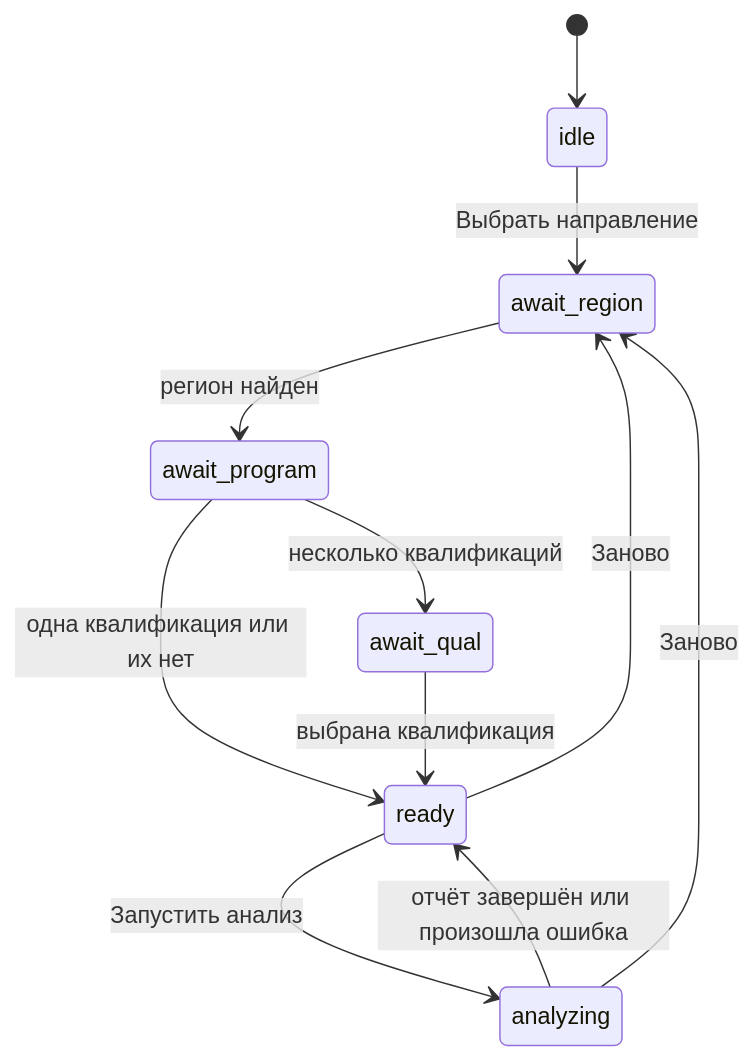
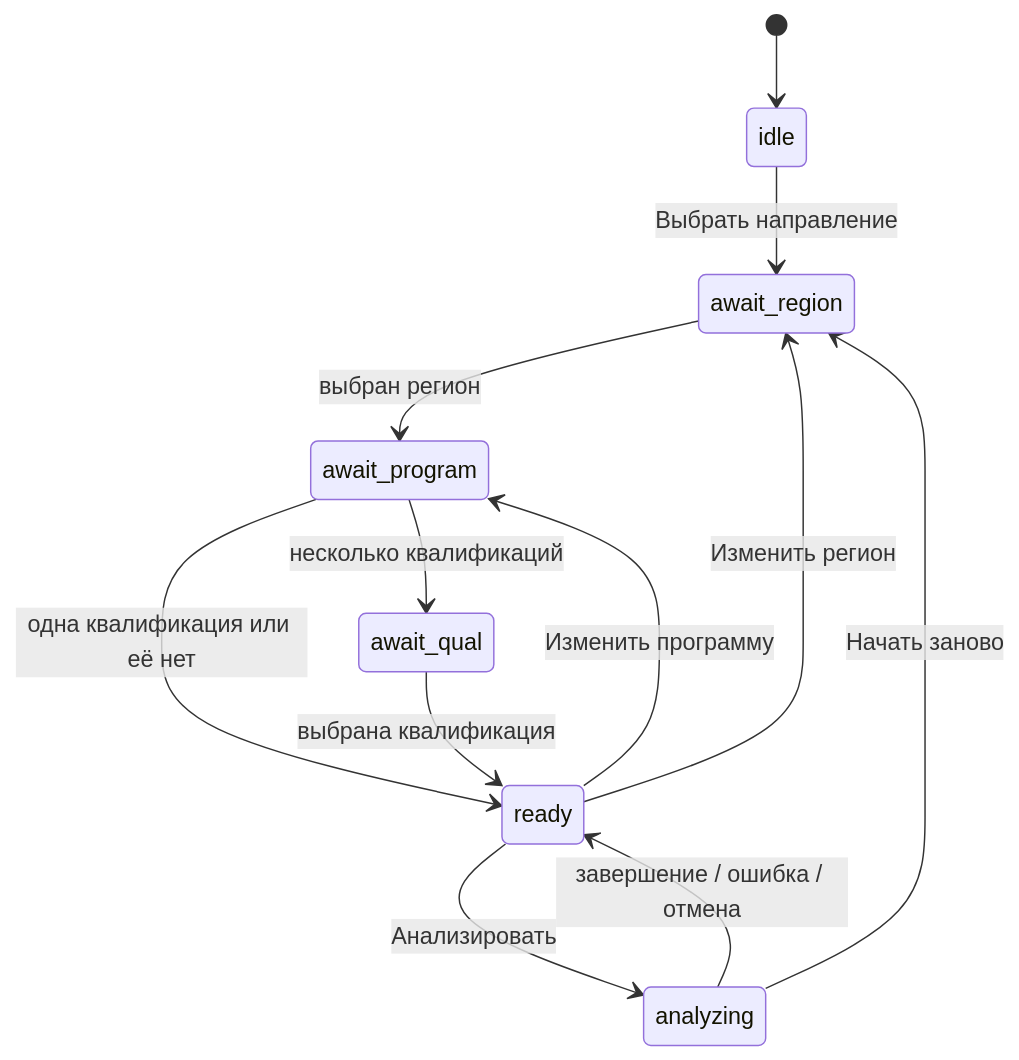
Before and after one commit to sssfind/Max-hack: the second of 2 diagrams in docs/architecture.md, drawn with Mermaid. The commit also changed other lines of this file and 84 other files, not shown here.

````diff
--- a/docs/architecture.md
+++ b/docs/architecture.md
@@ -46,13 +66,14 @@
 ```mermaid
 stateDiagram-v2
   [*] --> idle
   idle --> await_region: Выбрать направление
-  await_region --> await_program: регион найден
+  await_region --> await_program: выбран регион
   await_program --> await_qual: несколько квалификаций
-  await_program --> ready: одна квалификация или их нет
+  await_program --> ready: одна квалификация или её нет
   await_qual --> ready: выбрана квалификация
-  ready --> analyzing: Запустить анализ
-  analyzing --> ready: отчёт завершён или произошла ошибка
-  analyzing --> await_region: Заново
-  ready --> await_region: Заново
+  ready --> analyzing: Анализировать
+  analyzing --> ready: завершение / ошибка / отмена
+  ready --> await_program: Изменить программу
+  ready --> await_region: Изменить регион
+  analyzing --> await_region: Начать заново
 ```
````
